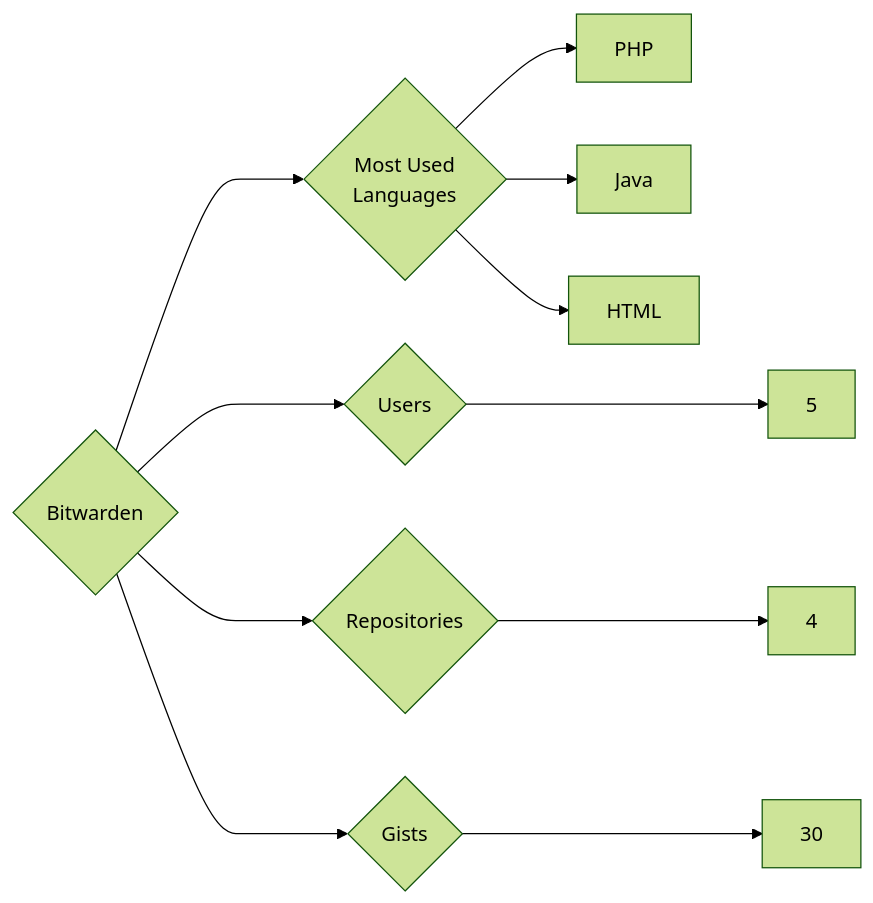
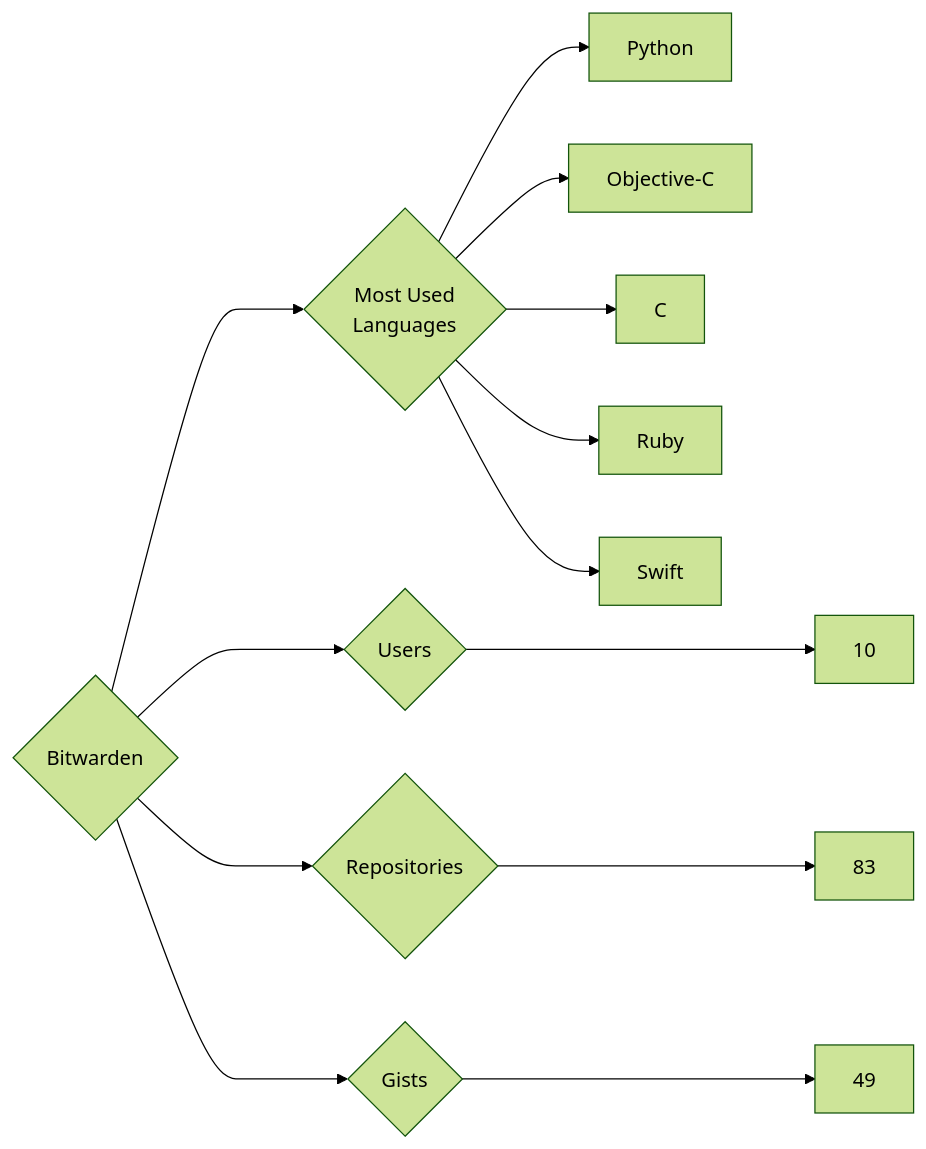
One commit to trickest/insiders changed the diagram in targets/Bitwarden/README.md. Above: the diagram before and after it, drawn with Mermaid (forest theme). The commit also changed 840 other files, not shown here.

````diff
--- a/targets/Bitwarden/README.md
+++ b/targets/Bitwarden/README.md
@@ -3,11 +3,13 @@
 ```mermaid
 graph LR
 COMPANY_NAME{Bitwarden}
-COMPANY_NAME ---> U{Users} ---> UN[5]
-COMPANY_NAME ---> R{Repositories} ---> RN[4]
-COMPANY_NAME ---> G{Gists} ---> GN[30]
+COMPANY_NAME ---> U{Users} ---> UN[10]
+COMPANY_NAME ---> R{Repositories} ---> RN[83]
+COMPANY_NAME ---> G{Gists} ---> GN[49]
 COMPANY_NAME ---> ML{Most Used<br>Languages}
-ML --> PHP[PHP]
-ML --> Java[Java]
-ML --> HTML[HTML]
+ML --> Python[Python]
+ML --> Objective-C[Objective-C]
+ML --> C[C]
+ML --> Ruby[Ruby]
+ML --> Swift[Swift]
 ```
````
